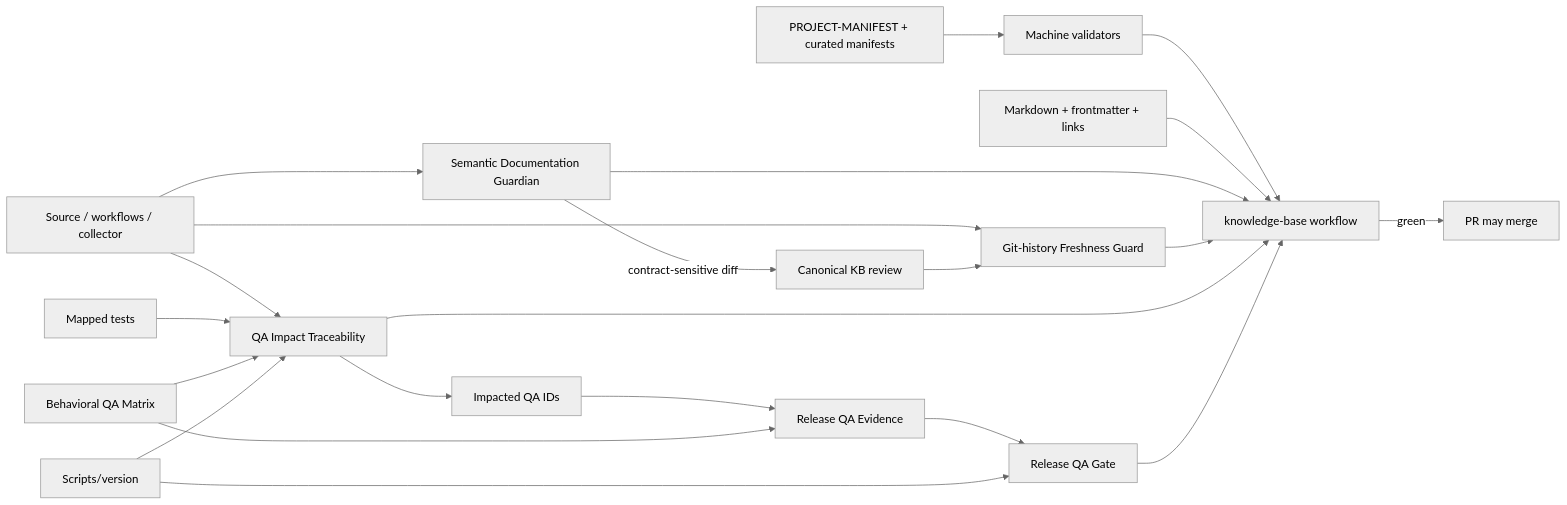
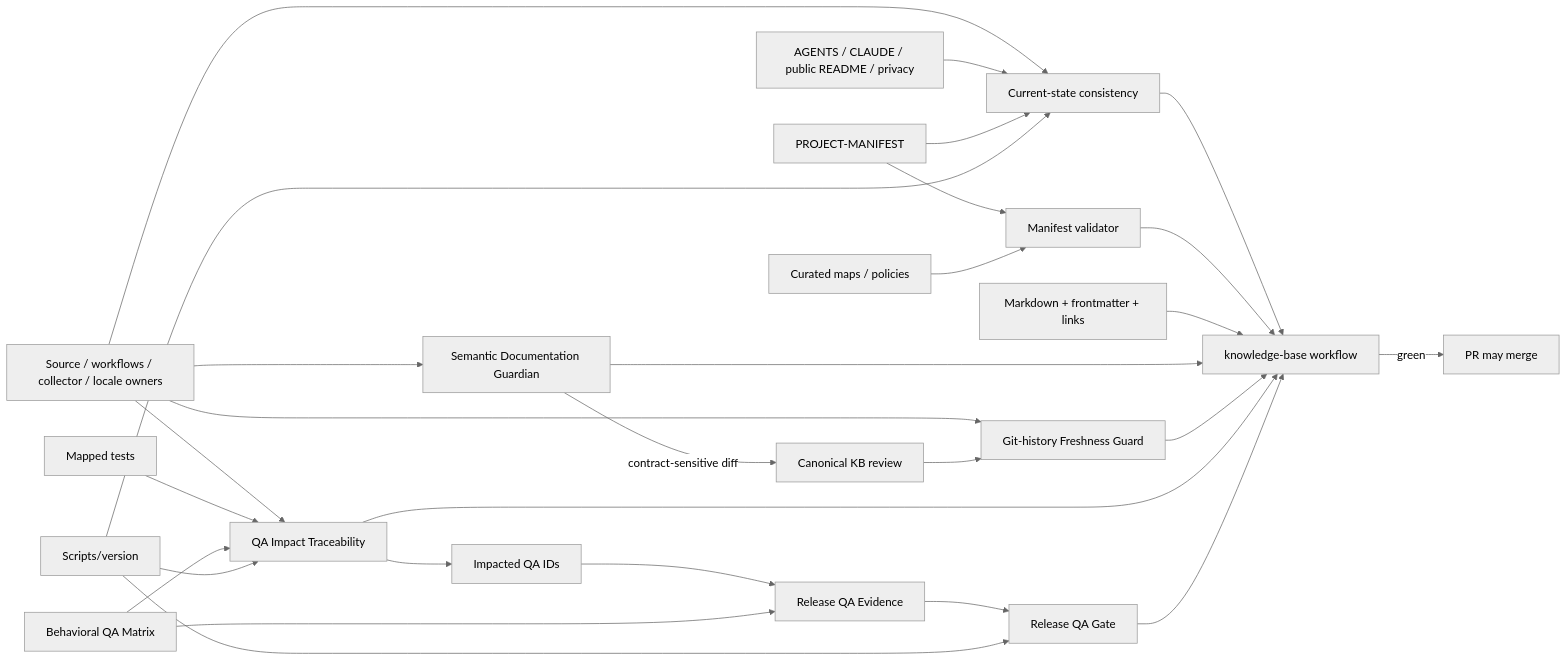
Before and after one commit to TumanovNV/impuls: the diagram in knowledge-base/INDEX.md, drawn with Mermaid (neutral theme). The commit also changed other lines of this file and 31 other files, not shown here.

First line of the commit message:
Audit current documentation and harden agent routing (#87)

````diff
--- a/knowledge-base/INDEX.md
+++ b/knowledge-base/INDEX.md
@@ -116,24 +116,33 @@
 ```mermaid
 flowchart LR
-    SRC[Source / workflows / collector] --> G[Semantic Documentation Guardian]
+    SRC[Source / workflows / collector / locale owners] --> CUR[Current-state consistency]
+    ENTRY[AGENTS / CLAUDE / public README / privacy] --> CUR
+    MAN[PROJECT-MANIFEST] --> CUR
+    CUR --> CI[knowledge-base workflow]
+
+    SRC --> G[Semantic Documentation Guardian]
     G -->|contract-sensitive diff| DOC[Canonical KB review]
     SRC --> F[Git-history Freshness Guard]
     DOC --> F
-    M[PROJECT-MANIFEST + curated manifests] --> V[Machine validators]
+
+    MAN --> V[Manifest validator]
+    MAP[Curated maps / policies] --> V
+    V --> CI
+    KB[Markdown + frontmatter + links] --> CI
+    G --> CI
+    F --> CI
+
     SRC --> QAI[QA Impact Traceability]
     TST[Mapped tests] --> QAI
     QAM[Behavioral QA Matrix] --> QAI
     QAI --> IDS[Impacted QA IDs]
     IDS --> QAE[Release QA Evidence]
     QAM --> QAE
     QAE --> QAG[Release QA Gate]
-    VER[Scripts/version] --> QAI
+    VER[Scripts/version] --> CUR
+    VER --> QAI
     VER --> QAG
-    V --> CI[knowledge-base workflow]
-    KB[Markdown + frontmatter + links] --> CI
-    G --> CI
-    F --> CI
     QAI --> CI
     QAG --> CI
     CI -->|green| PR[PR may merge]
 ```
````
